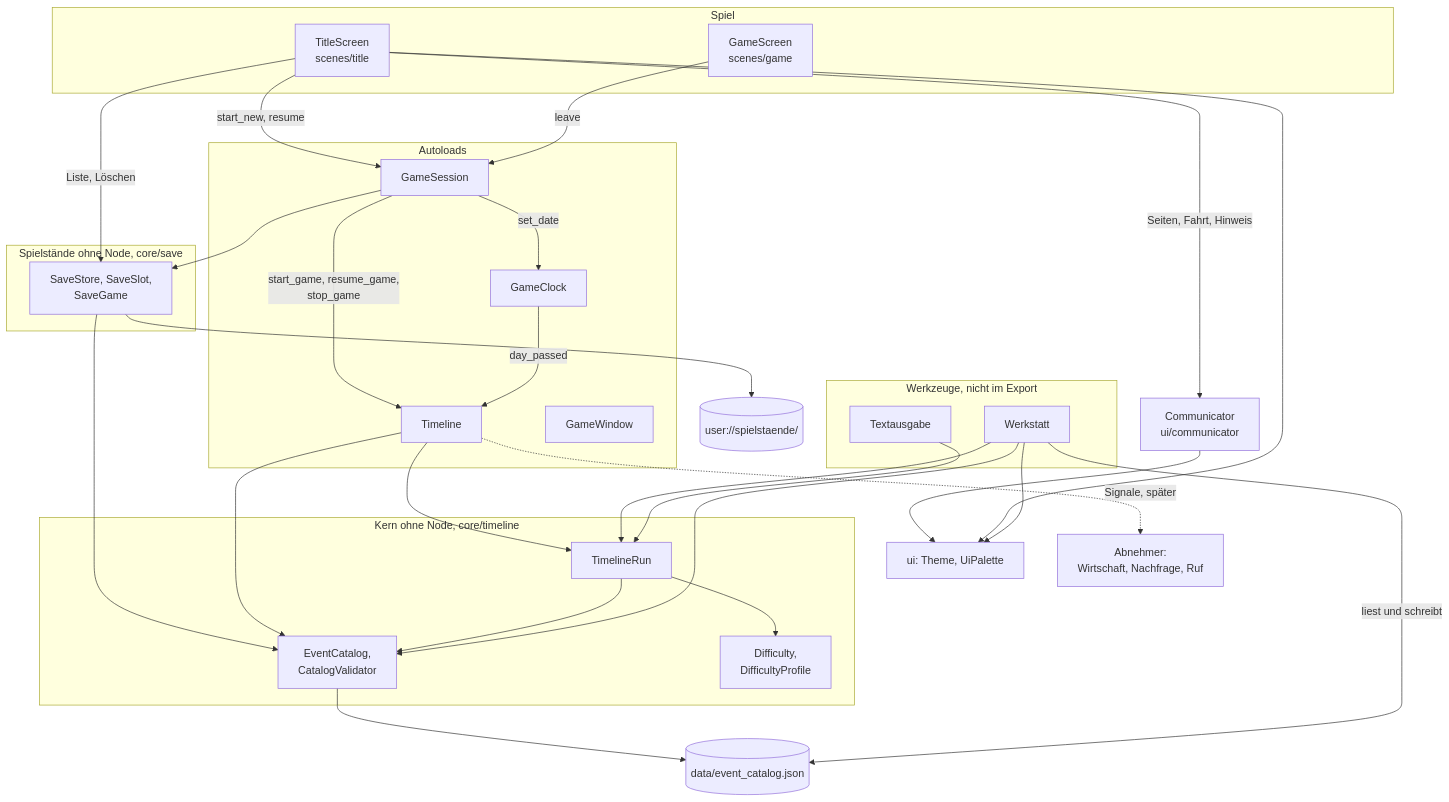
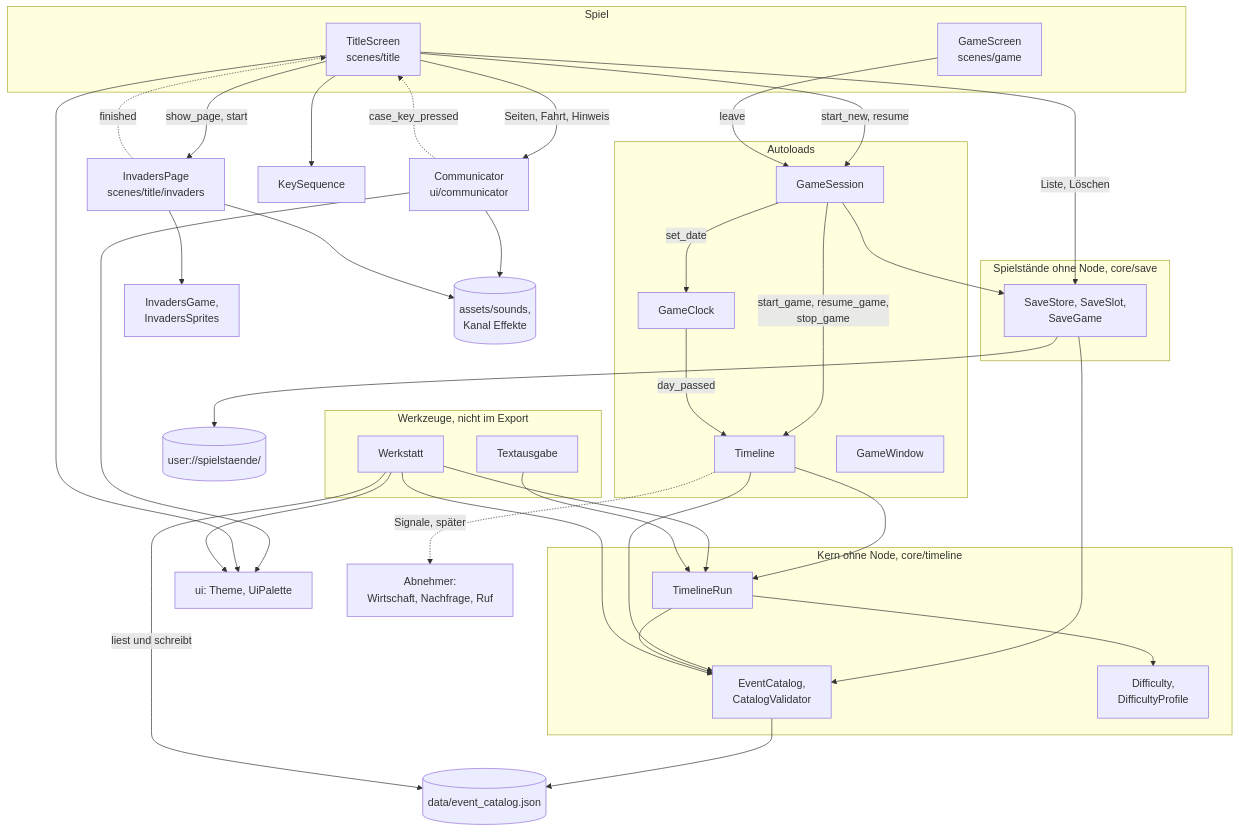
Before and after one commit to klausmoster/DerComputerladen: the diagram in docs/spielbeschreibung/architektur.md, drawn with Mermaid. The commit also changed other lines of this file and 14 other files, not shown here.

````diff
--- a/docs/spielbeschreibung/architektur.md
+++ b/docs/spielbeschreibung/architektur.md
@@ -41,52 +46,59 @@
 ```mermaid
 flowchart TB
     subgraph spiel["Spiel"]
         TS["TitleScreen<br/>scenes/title"]
         GS["GameScreen<br/>scenes/game"]
     end
     subgraph autoloads["Autoloads"]
         GC["GameClock"]
         TL["Timeline"]
         GW["GameWindow"]
         SE["GameSession"]
     end
     subgraph save["Spielstände ohne Node, core/save"]
         ST["SaveStore, SaveSlot,<br/>SaveGame"]
     end
     subgraph kern["Kern ohne Node, core/timeline"]
         RUN["TimelineRun"]
         CAT["EventCatalog,<br/>CatalogValidator"]
         DIF["Difficulty,<br/>DifficultyProfile"]
     end
     subgraph werkzeuge["Werkzeuge, nicht im Export"]
         WS["Werkstatt"]
         TA["Textausgabe"]
     end
     DATA[("data/event_catalog.json")]
     SAVES[("user://spielstaende/")]
     UI["ui: Theme, UiPalette"]
     CO["Communicator<br/>ui/communicator"]
     TS -->|"Seiten, Fahrt, Hinweis"| CO
+    CO -.->|"case_key_pressed"| TS
+    TS --> KS["KeySequence"]
+    TS -->|"show_page, start"| IP["InvadersPage<br/>scenes/title/invaders"]
+    IP -.->|"finished"| TS
+    IP --> IG["InvadersGame,<br/>InvadersSprites"]
+    CO --> SND[("assets/sounds,<br/>Kanal Effekte")]
+    IP --> SND
     CO --> UI
     TS -->|"start_new, resume"| SE
     GS -->|"leave"| SE
     TS -->|"Liste, Löschen"| ST
     SE -->|"set_date"| GC
     SE -->|"start_game, resume_game,<br/>stop_game"| TL
     SE --> ST
     ST --> SAVES
     ST --> CAT
     GC -->|"day_passed"| TL
     TL --> RUN
     TL --> CAT
     RUN --> CAT
     RUN --> DIF
     CAT --> DATA
     WS --> RUN
     WS --> CAT
     WS -->|"liest und schreibt"| DATA
     TA --> RUN
     TS --> UI
     WS --> UI
     TL -.->|"Signale, später"| ABN["Abnehmer:<br/>Wirtschaft, Nachfrage, Ruf"]
 ```
````
